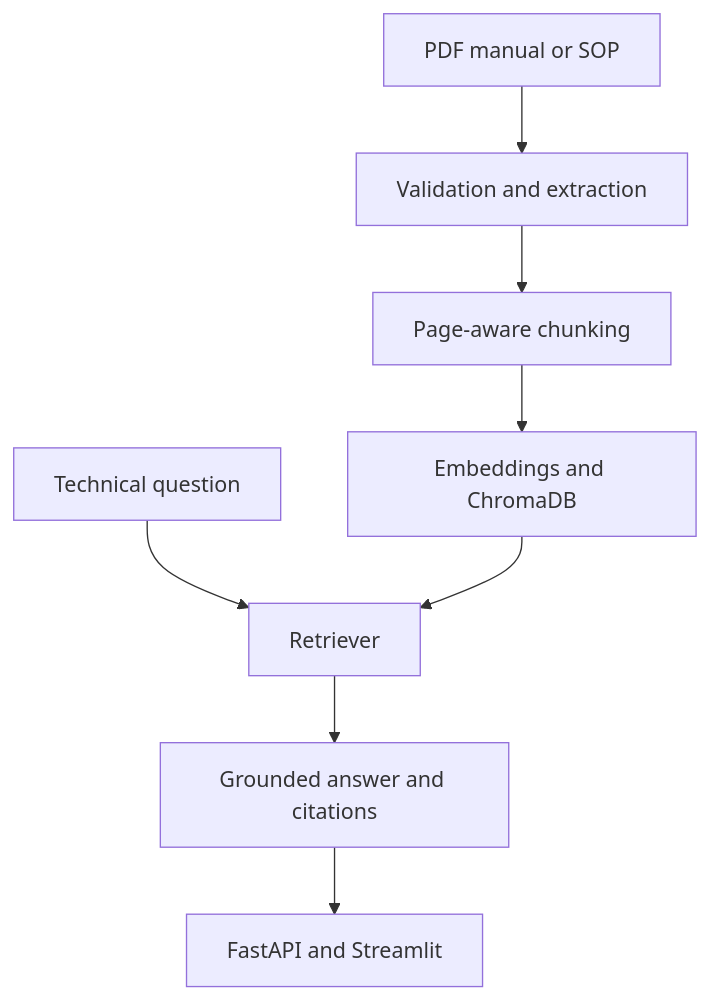
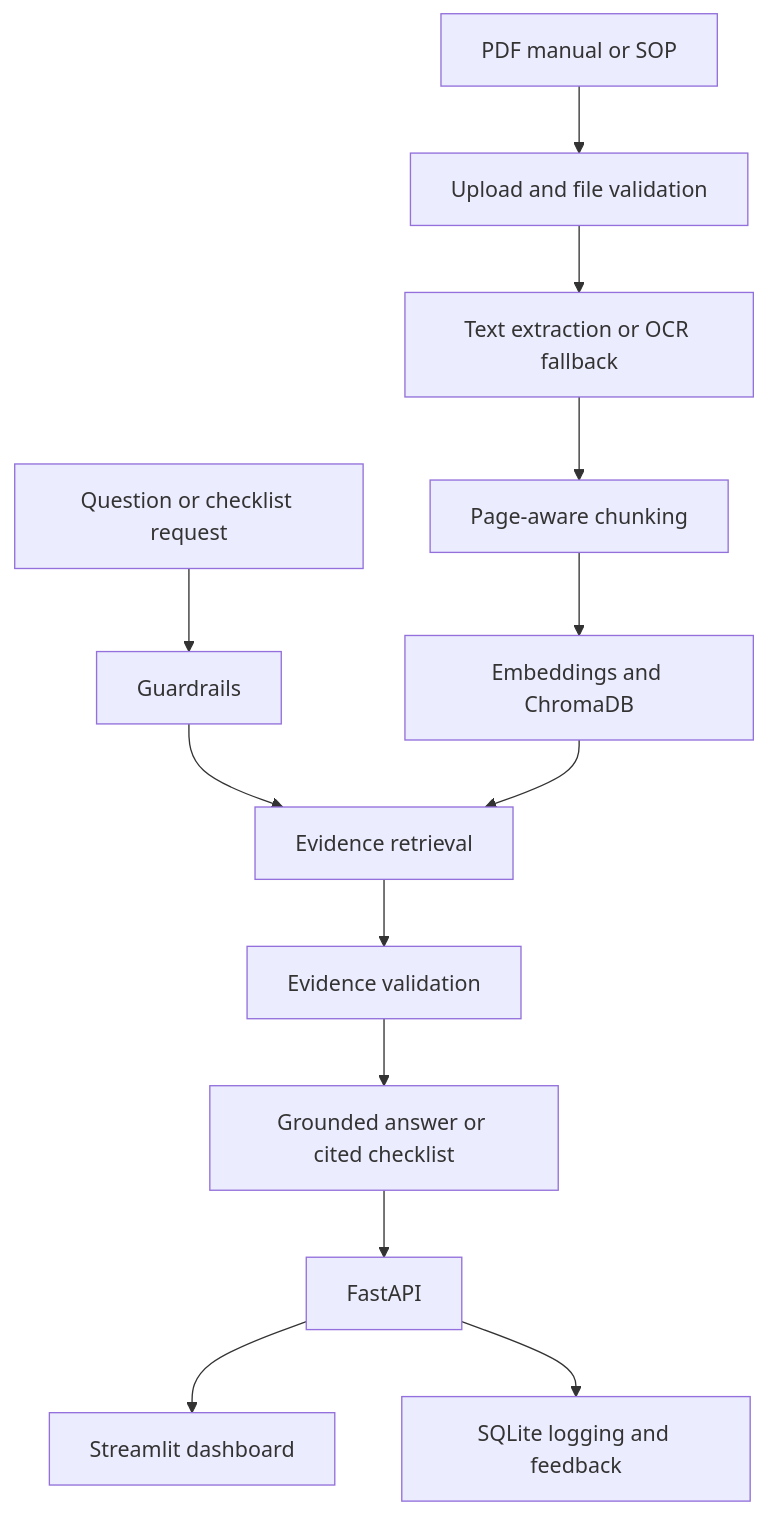
Before and after one commit to Ikhwanfauz/engineering-document-rag-agent: the first of 2 diagrams in docs/architecture.md, drawn with Mermaid. The commit also changed other lines of this file and 3 other files, not shown here.

````diff
--- a/docs/architecture.md
+++ b/docs/architecture.md
@@ -5,10 +11,15 @@
 ```mermaid
 flowchart TD
-    A[PDF manual or SOP] --> B[Validation and extraction]
-    B --> C[Page-aware chunking]
-    C --> D[Embeddings and ChromaDB]
-    Q[Technical question] --> E[Retriever]
-    D --> E
-    E --> F[Grounded answer and citations]
-    F --> G[FastAPI and Streamlit]
+    A[PDF manual or SOP] --> B[Upload and file validation]
+    B --> C[Text extraction or OCR fallback]
+    C --> D[Page-aware chunking]
+    D --> E[Embeddings and ChromaDB]
+    Q[Question or checklist request] --> F[Guardrails]
+    F --> G[Evidence retrieval]
+    E --> G
+    G --> H[Evidence validation]
+    H --> I[Grounded answer or cited checklist]
+    I --> J[FastAPI]
+    J --> K[Streamlit dashboard]
+    J --> L[SQLite logging and feedback]
 ```
````
